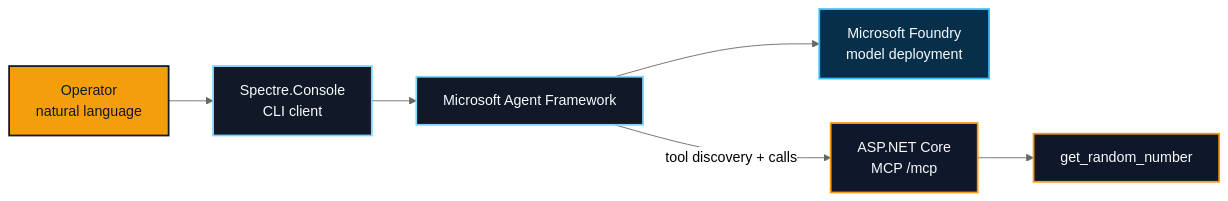
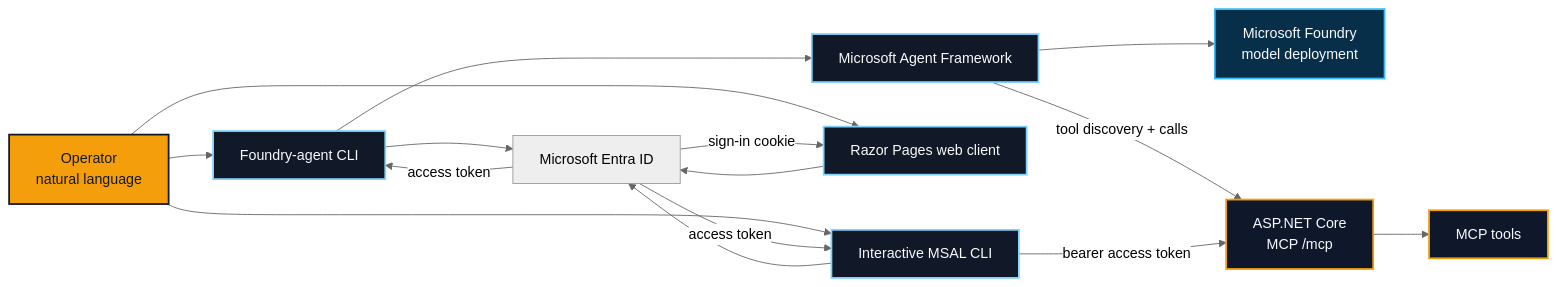
Before and after one commit to bovrhovn/azure-demos-mcp-with-entraid: the diagram in README.md, drawn with Mermaid (neutral theme). The commit also changed other lines of this file and 1 other file, not shown here.

Commit message:
Update MCP API protection details and enhance README for Entra ID integration

````diff
--- a/README.md
+++ b/README.md
@@ -35,17 +36,26 @@
 ```mermaid
 flowchart LR
-    U["Operator<br/>natural language"] --> CLI["Spectre.Console<br/>CLI client"]
+    U["Operator<br/>natural language"] --> CLI["Foundry-agent CLI"]
+    U --> ICLI["Interactive MSAL CLI"]
+    U --> WEB["Razor Pages web client"]
+    CLI --> E["Microsoft Entra ID"]
+    ICLI --> E
+    WEB --> E
+    E -->|access token| CLI
+    E -->|access token| ICLI
+    E -->|sign-in cookie| WEB
     CLI --> AF["Microsoft Agent Framework"]
     AF --> F["Microsoft Foundry<br/>model deployment"]
     AF -->|tool discovery + calls| MCP["ASP.NET Core<br/>MCP /mcp"]
-    MCP --> T["get_random_number"]
+    ICLI -->|bearer access token| MCP
+    MCP --> T["MCP tools"]
 
     classDef operator fill:#f59e0b,stroke:#111827,color:#111827,stroke-width:2px;
     classDef client fill:#111827,stroke:#7dd3fc,color:#f8fafc,stroke-width:2px;
     classDef cloud fill:#082f49,stroke:#38bdf8,color:#f8fafc,stroke-width:2px;
     classDef server fill:#0f172a,stroke:#f59e0b,color:#f8fafc,stroke-width:2px;
     class U operator;
-    class CLI,AF client;
+    class CLI,ICLI,WEB,AF client;
     class F cloud;
     class MCP,T server;
 ```
````
